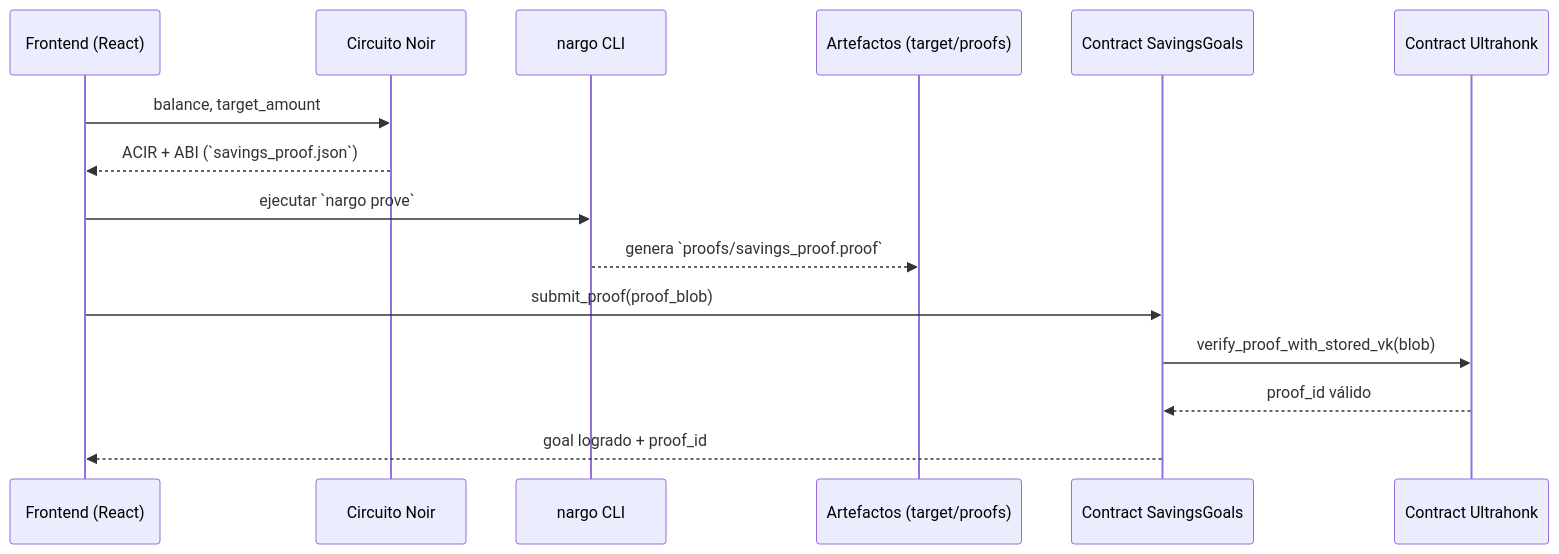
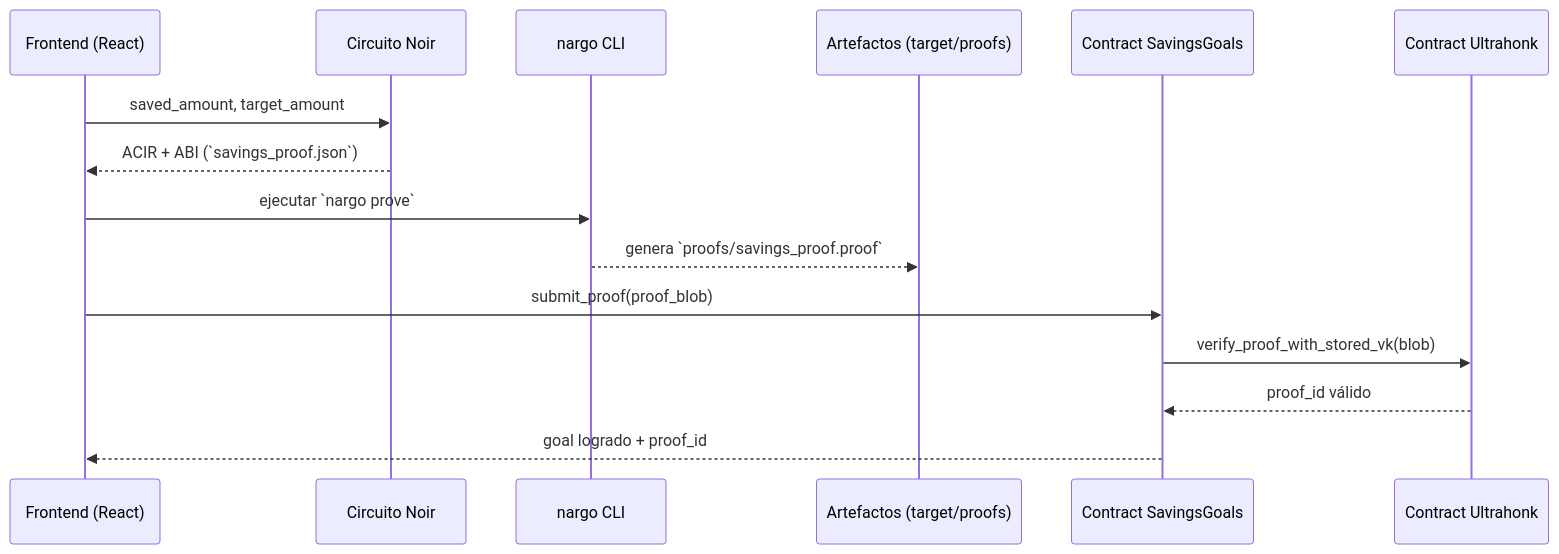
The second of 2 diagrams in contracts/savings-goals/README.md (MarxMad/puma-pay-campus-wallet), drawn with Mermaid before and after one commit. The commit also changed other lines of this file and 34 other files, not shown here.

````diff
--- a/contracts/savings-goals/README.md
+++ b/contracts/savings-goals/README.md
@@ -50,18 +51,18 @@
 ```mermaid
 sequenceDiagram
     participant UI as Frontend (React)
     participant Noir as Circuito Noir
     participant Nargo as nargo CLI
     participant File as Artefactos (target/proofs)
     participant Saver as Contract SavingsGoals
     participant Verifier as Contract Ultrahonk
 
-    UI->>Noir: balance, target_amount
+    UI->>Noir: saved_amount, target_amount
     Noir-->>UI: ACIR + ABI (`savings_proof.json`)
     UI->>Nargo: ejecutar `nargo prove`
     Nargo-->>File: genera `proofs/savings_proof.proof`
     UI->>Saver: submit_proof(proof_blob)
     Saver->>Verifier: verify_proof_with_stored_vk(blob)
     Verifier-->>Saver: proof_id válido
     Saver-->>UI: goal logrado + proof_id
 ```
````
